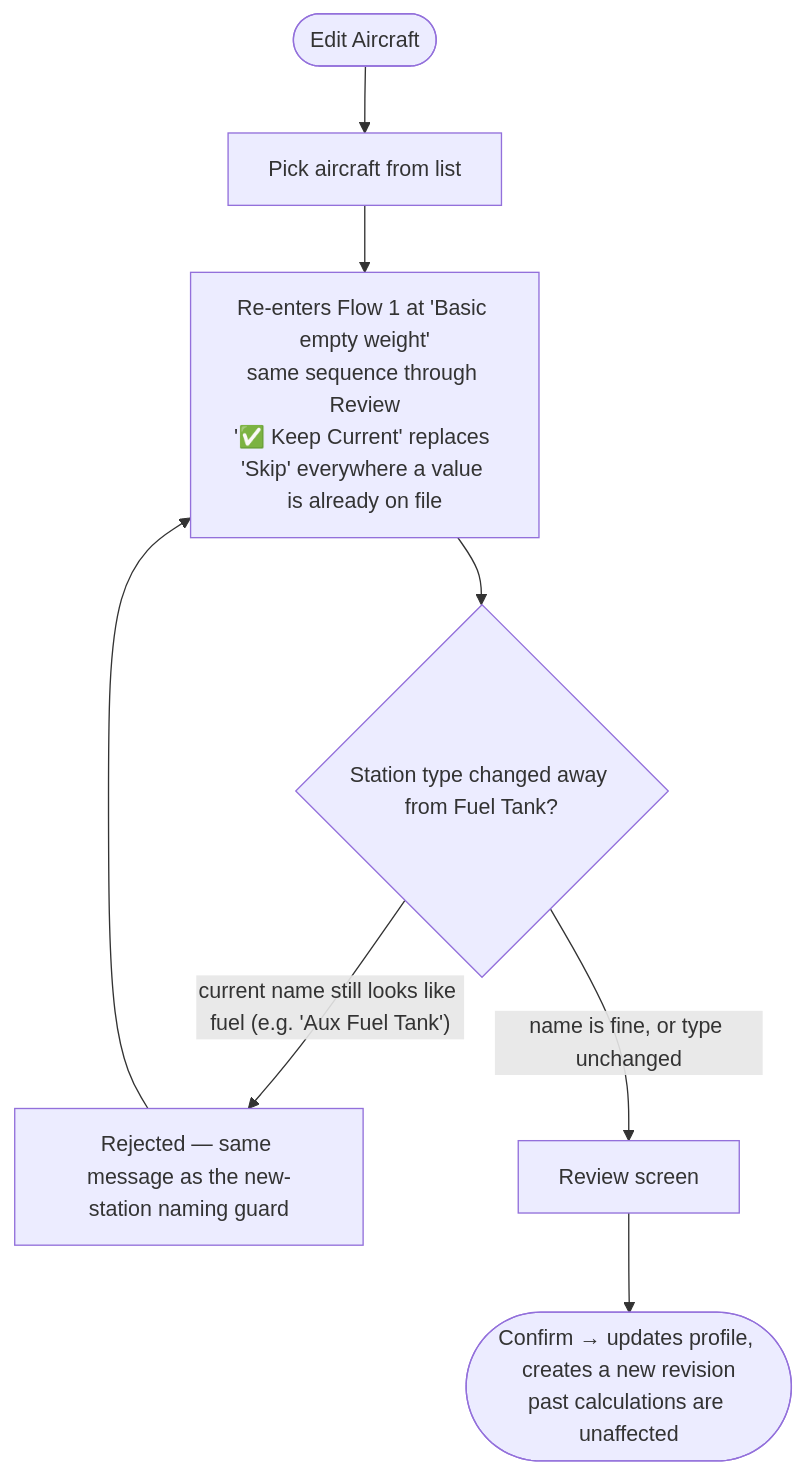
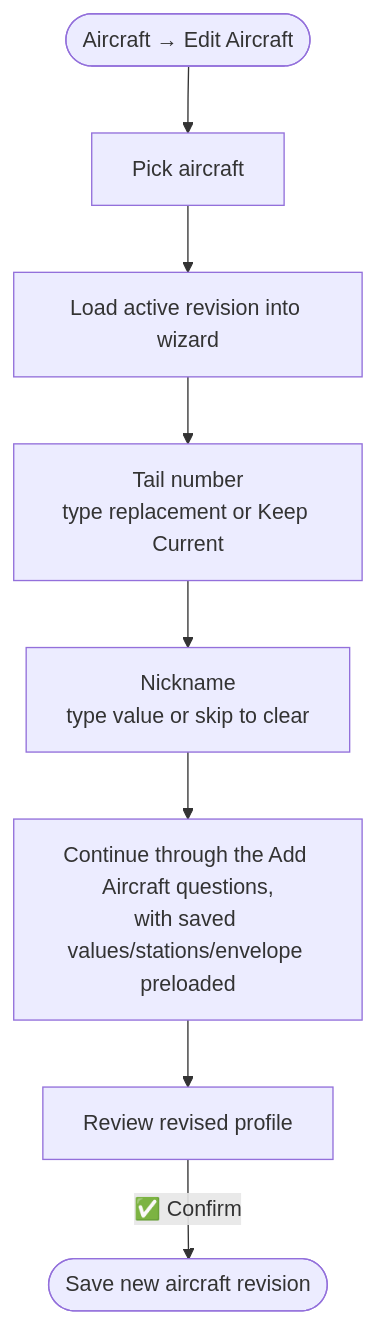
One commit to kot-anton/safe-pilot changed the sixth of 10 diagrams in docs/bot_question_flows.md. Above: the diagram before and after it, drawn with Mermaid. The commit also changed other lines of this file and 6 other files, not shown here.

Commit message:
fixed issues and added flow document

````diff
--- a/docs/bot_question_flows.md
+++ b/docs/bot_question_flows.md
@@ -125,9 +179,10 @@
 ```mermaid
 flowchart TD
-    Start(["Edit Aircraft"]) --> Pick["Pick aircraft from list"]
-    Pick --> Reenter["Re-enters Flow 1 at 'Basic empty weight'<br/>same sequence through Review<br/>'✅ Keep Current' replaces 'Skip' everywhere a value is already on file"]
-    Reenter --> TypeChange{"Station type changed away from Fuel Tank?"}
-    TypeChange -- "current name still looks like fuel (e.g. 'Aux Fuel Tank')" --> Reject["Rejected — same message as the new-station naming guard"] --> Reenter
-    TypeChange -- "name is fine, or type unchanged" --> Review["Review screen"]
-    Review --> Confirm(["Confirm → updates profile, creates a new revision<br/>past calculations are unaffected"])
+    Start(["Aircraft → Edit Aircraft"]) --> Pick["Pick aircraft"]
+    Pick --> Load["Load active revision into wizard"]
+    Load --> Tail["Tail number<br/>type replacement or Keep Current"]
+    Tail --> Nick["Nickname<br/>type value or skip to clear"]
+    Nick --> Reuse["Continue through the Add Aircraft questions,<br/>with saved values/stations/envelope preloaded"]
+    Reuse --> Review["Review revised profile"]
+    Review -- "✅ Confirm" --> Revision(["Save new aircraft revision"])
 ```
````
